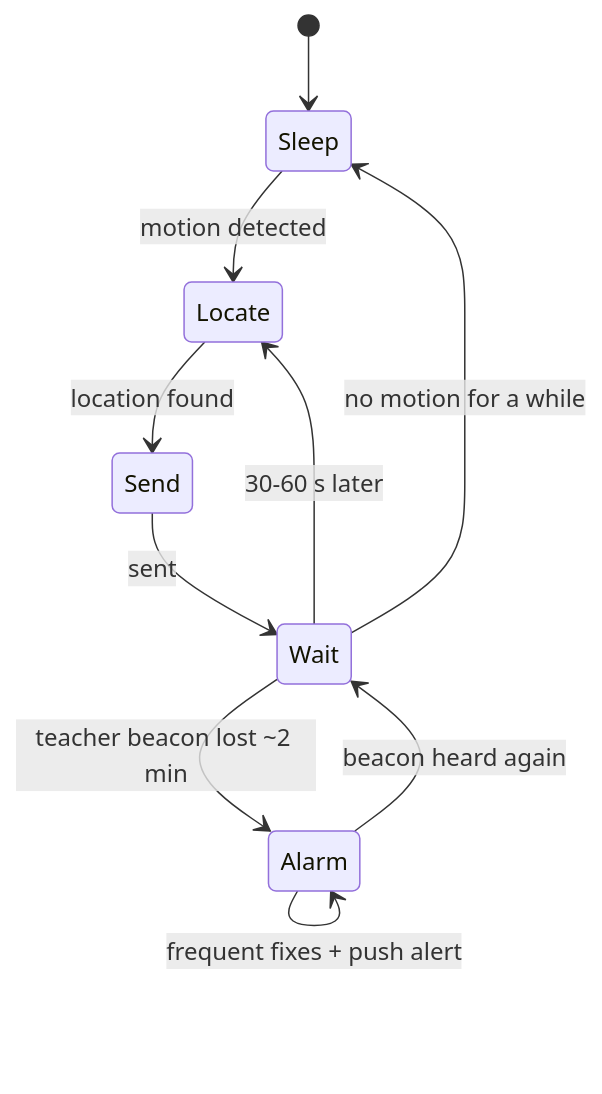
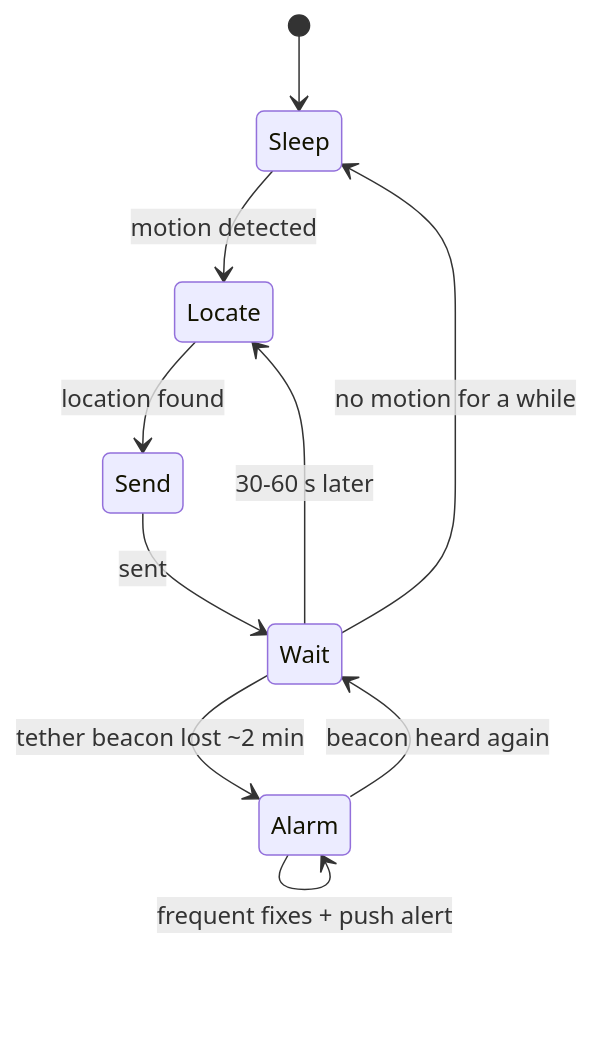
The diagram in website/pages/firmware.md (irfanali1/AssetTracker), drawn with Mermaid before and after one commit. The commit also changed other lines of this file and 7 other files, not shown here.

````diff
--- a/website/pages/firmware.md
+++ b/website/pages/firmware.md
@@ -14,12 +14,12 @@
 ```mermaid
 stateDiagram-v2
     [*] --> Sleep
     Sleep --> Locate: motion detected
     Locate --> Send: location found
     Send --> Wait: sent
     Wait --> Locate: 30-60 s later
     Wait --> Sleep: no motion for a while
-    Wait --> Alarm: teacher beacon lost ~2 min
+    Wait --> Alarm: tether beacon lost ~2 min
     Alarm --> Alarm: frequent fixes + push alert
     Alarm --> Wait: beacon heard again
 ```
````
